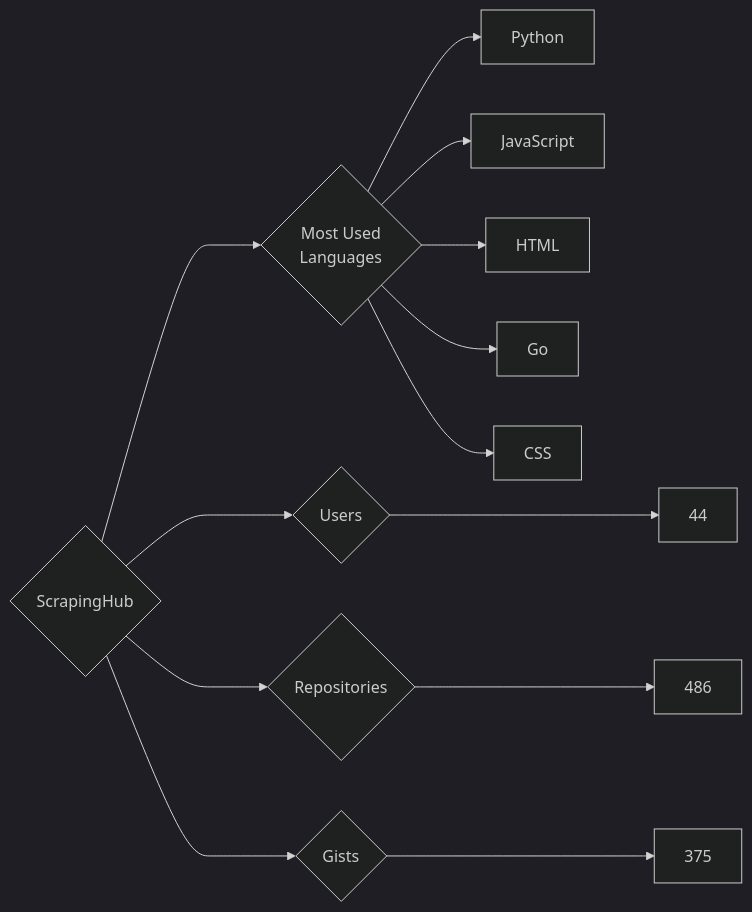
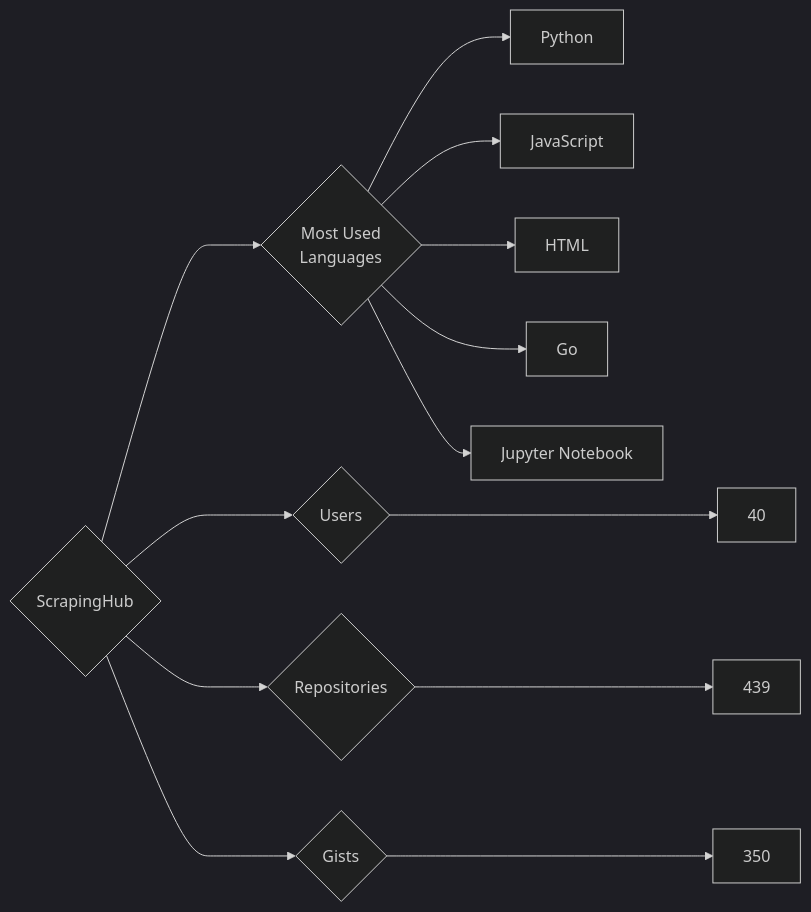
The diagram in targets/ScrapingHub/README.md (trickest/insiders), drawn with Mermaid (dark theme) before and after one commit. The commit also changed 1479 other files, not shown here.

````diff
--- a/targets/ScrapingHub/README.md
+++ b/targets/ScrapingHub/README.md
@@ -3,13 +3,13 @@
 ```mermaid
 graph LR
 COMPANY_NAME{ScrapingHub}
-COMPANY_NAME ---> U{Users} ---> UN[44]
-COMPANY_NAME ---> R{Repositories} ---> RN[486]
-COMPANY_NAME ---> G{Gists} ---> GN[375]
+COMPANY_NAME ---> U{Users} ---> UN[40]
+COMPANY_NAME ---> R{Repositories} ---> RN[439]
+COMPANY_NAME ---> G{Gists} ---> GN[350]
 COMPANY_NAME ---> ML{Most Used<br>Languages}
 ML --> Python[Python]
 ML --> JavaScript[JavaScript]
 ML --> HTML[HTML]
 ML --> Go[Go]
-ML --> CSS[CSS]
+ML --> Jupyter_Notebook[Jupyter Notebook]
 ```
````
